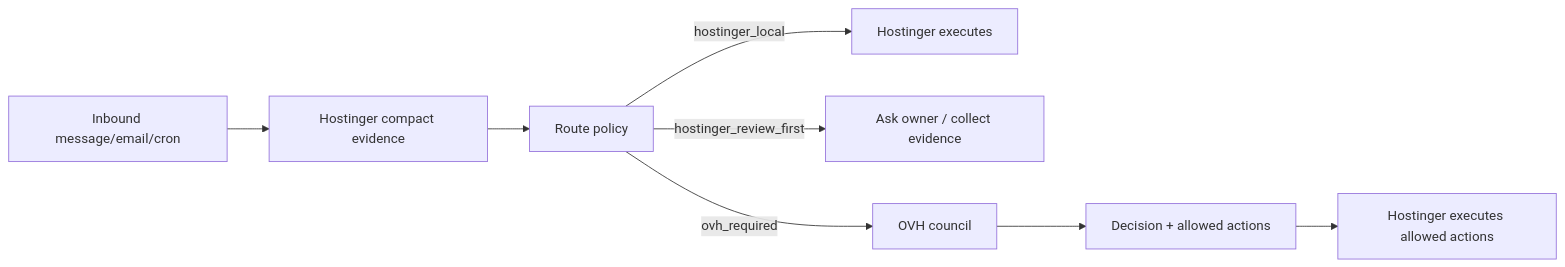
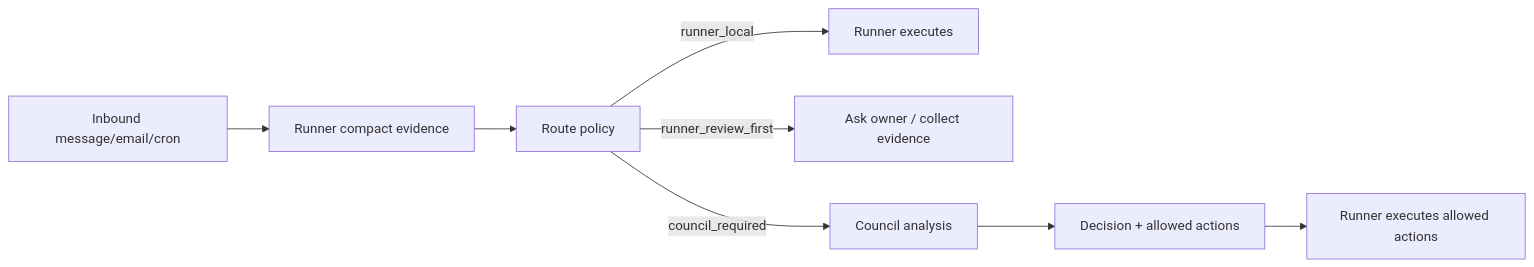
One commit to jobboat-fr/V-board changed the diagram in packages/ops-core/docs/ARCHITECTURE.md. Above: the diagram before and after it, drawn with Mermaid. The commit also changed other lines of this file and 47 other files, not shown here.

First line of the commit message:
feat: container-native model — runner/council, Docker Compose, redesigned README

````diff
--- a/packages/ops-core/docs/ARCHITECTURE.md
+++ b/packages/ops-core/docs/ARCHITECTURE.md
@@ -36,10 +36,10 @@
 ```mermaid
 flowchart LR
-  A["Inbound message/email/cron"] --> B["Hostinger compact evidence"]
+  A["Inbound message/email/cron"] --> B["Runner compact evidence"]
   B --> C["Route policy"]
-  C -->|hostinger_local| D["Hostinger executes"]
-  C -->|hostinger_review_first| E["Ask owner / collect evidence"]
-  C -->|ovh_required| F["OVH council"]
+  C -->|runner_local| D["Runner executes"]
+  C -->|runner_review_first| E["Ask owner / collect evidence"]
+  C -->|council_required| F["Council analysis"]
   F --> G["Decision + allowed actions"]
-  G --> H["Hostinger executes allowed actions"]
+  G --> H["Runner executes allowed actions"]
 ```
````
